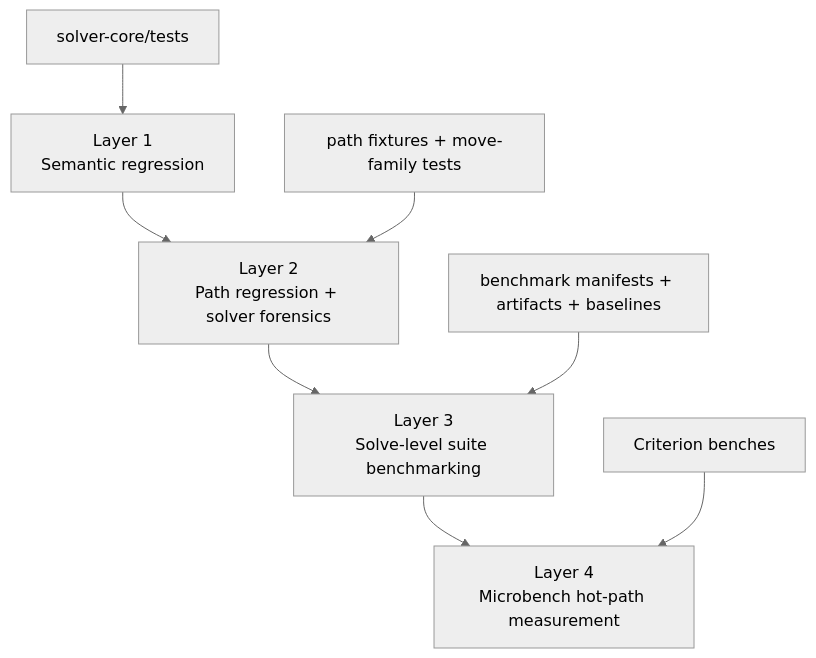
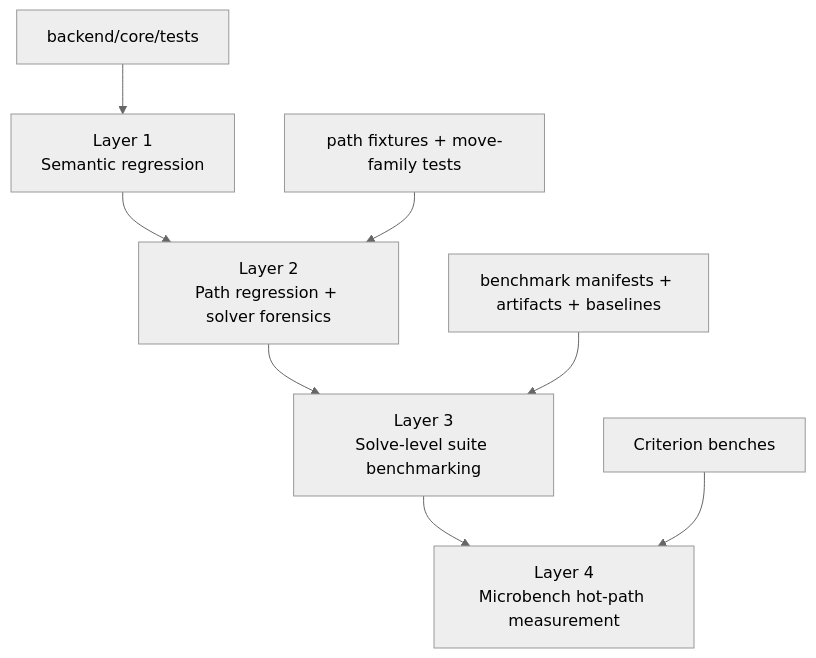
Before and after one commit to guwidoe/GroupMixer: the first of 3 diagrams in docs/BENCHMARKING_ARCHITECTURE.md, drawn with Mermaid (neutral theme). The commit also changed other lines of this file and 20 other files, not shown here.

````diff
--- a/docs/BENCHMARKING_ARCHITECTURE.md
+++ b/docs/BENCHMARKING_ARCHITECTURE.md
@@ -152,11 +152,11 @@
 ```mermaid
 flowchart TD
     A[Layer 1\nSemantic regression] --> B[Layer 2\nPath regression + solver forensics]
     B --> C[Layer 3\nSolve-level suite benchmarking]
     C --> D[Layer 4\nMicrobench hot-path measurement]
 
-    A1[solver-core/tests] --> A
+    A1[backend/core/tests] --> A
     B1[path fixtures + move-family tests] --> B
     C1[benchmark manifests + artifacts + baselines] --> C
     D1[Criterion benches] --> D
 ```
````
